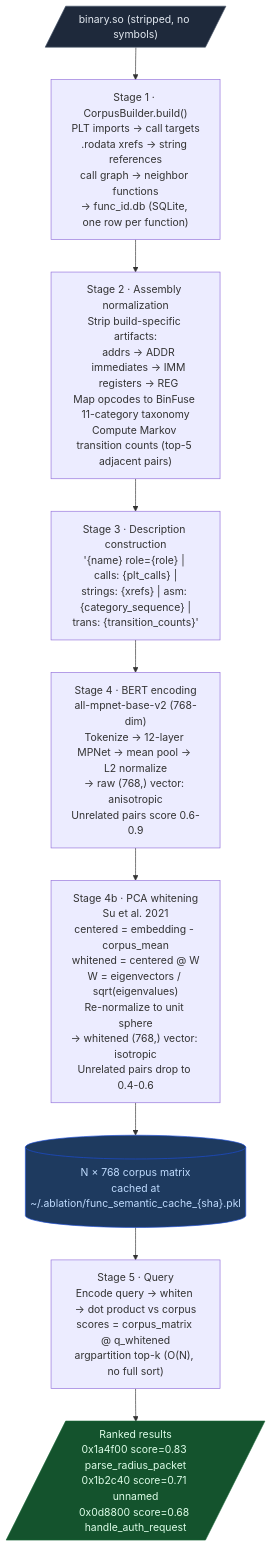
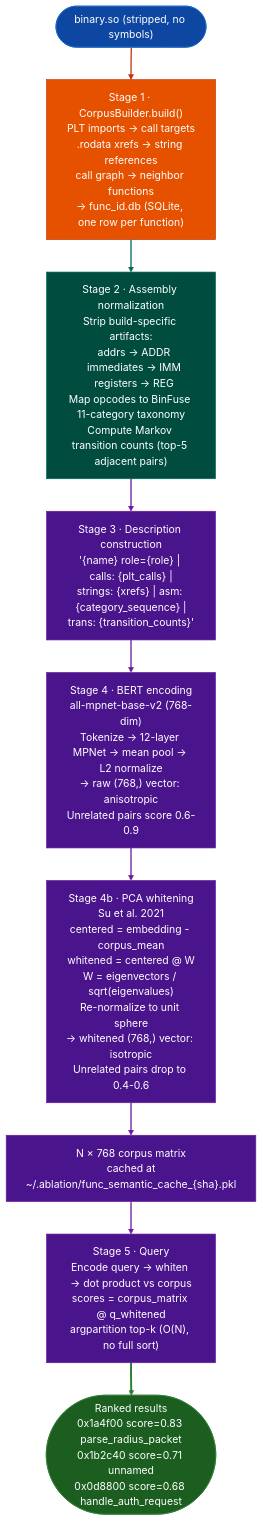
The first of 2 diagrams in docs/reference-modules/semantic-search.md (Ablation-Tool/ablation), drawn with Mermaid before and after one commit. The commit also changed other lines of this file and 320 other files, not shown here.

First line of the commit message:
docs: apply canonical Mermaid template to all 321 diagrams

````diff
--- a/docs/reference-modules/semantic-search.md
+++ b/docs/reference-modules/semantic-search.md
@@ -27,22 +27,32 @@
 ```mermaid
 flowchart TD
-    A[/"binary.so (stripped, no symbols)"/] --> B["Stage 1 · CorpusBuilder.build()\nPLT imports → call targets\n.rodata xrefs → string references\ncall graph → neighbor functions\n→ func_id.db (SQLite, one row per function)"]
+    A(["binary.so (stripped, no symbols)"]):::input --> B["Stage 1 · CorpusBuilder.build()\nPLT imports → call targets\n.rodata xrefs → string references\ncall graph → neighbor functions\n→ func_id.db (SQLite, one row per function)"]:::primary
 
-    B --> C["Stage 2 · Assembly normalization\nStrip build-specific artifacts:\n  addrs → ADDR\n  immediates → IMM\n  registers → REG\nMap opcodes to BinFuse 11-category taxonomy\nCompute Markov transition counts (top-5 adjacent pairs)"]
+    B:::primary --> C["Stage 2 · Assembly normalization\nStrip build-specific artifacts:\n  addrs → ADDR\n  immediates → IMM\n  registers → REG\nMap opcodes to BinFuse 11-category taxonomy\nCompute Markov transition counts (top-5 adjacent pairs)"]:::secondary
 
-    C --> D["Stage 3 · Description construction\n'{name} role={role} | calls: {plt_calls} |\nstrings: {xrefs} | asm: {category_sequence} |\ntrans: {transition_counts}'"]
+    C:::secondary --> D["Stage 3 · Description construction\n'{name} role={role} | calls: {plt_calls} |\nstrings: {xrefs} | asm: {category_sequence} |\ntrans: {transition_counts}'"]:::tertiary
 
-    D --> E["Stage 4 · BERT encoding\nall-mpnet-base-v2 (768-dim)\nTokenize → 12-layer MPNet → mean pool → L2 normalize\n→ raw (768,) vector: anisotropic\nUnrelated pairs score 0.6-0.9"]
+    D:::tertiary --> E["Stage 4 · BERT encoding\nall-mpnet-base-v2 (768-dim)\nTokenize → 12-layer MPNet → mean pool → L2 normalize\n→ raw (768,) vector: anisotropic\nUnrelated pairs score 0.6-0.9"]:::tertiary
 
-    E --> F["Stage 4b · PCA whitening\nSu et al. 2021\ncentered = embedding - corpus_mean\nwhitened = centered @ W\nW = eigenvectors / sqrt(eigenvalues)\nRe-normalize to unit sphere\n→ whitened (768,) vector: isotropic\nUnrelated pairs drop to 0.4-0.6"]
+    E:::tertiary --> F["Stage 4b · PCA whitening\nSu et al. 2021\ncentered = embedding - corpus_mean\nwhitened = centered @ W\nW = eigenvectors / sqrt(eigenvalues)\nRe-normalize to unit sphere\n→ whitened (768,) vector: isotropic\nUnrelated pairs drop to 0.4-0.6"]:::tertiary
 
-    F --> G[("N × 768 corpus matrix\ncached at\n~/.ablation/func_semantic_cache_{sha}.pkl")]
+    F:::tertiary --> G["N × 768 corpus matrix\ncached at\n~/.ablation/func_semantic_cache_{sha}.pkl"]:::tertiary
 
-    G --> H["Stage 5 · Query\nEncode query → whiten → dot product vs corpus\nscores = corpus_matrix @ q_whitened\nargpartition top-k (O(N), no full sort)"]
+    G:::tertiary --> H["Stage 5 · Query\nEncode query → whiten → dot product vs corpus\nscores = corpus_matrix @ q_whitened\nargpartition top-k (O(N), no full sort)"]:::tertiary
 
-    H --> I[/"Ranked results\n0x1a4f00 score=0.83 parse_radius_packet\n0x1b2c40 score=0.71 unnamed\n0x0d8800 score=0.68 handle_auth_request"/]
-
-    style A fill:#1e293b,stroke:#475569,color:#e2e8f0
-    style G fill:#1e3a5f,stroke:#1d4ed8,color:#bfdbfe
-    style I fill:#14532d,stroke:#166534,color:#dcfce7
+    H:::tertiary --> I(["Ranked results\n0x1a4f00 score=0.83 parse_radius_packet\n0x1b2c40 score=0.71 unnamed\n0x0d8800 score=0.68 handle_auth_request"]):::output
+    classDef input     fill:#0d47a1,stroke:#1565c0,color:#fff
+    classDef primary   fill:#e65100,stroke:#bf360c,color:#fff
+    classDef secondary fill:#004d40,stroke:#00695c,color:#fff
+    classDef tertiary  fill:#4a148c,stroke:#6a1b9a,color:#fff
+    classDef neutral   fill:#37474f,stroke:#546e7a,color:#fff
+    classDef output    fill:#1b5e20,stroke:#2e7d32,color:#fff
+    linkStyle 0 stroke:#bf360c,stroke-width:2px
+    linkStyle 1 stroke:#00695c,stroke-width:2px
+    linkStyle 2 stroke:#6a1b9a,stroke-width:2px
+    linkStyle 3 stroke:#6a1b9a,stroke-width:2px
+    linkStyle 4 stroke:#6a1b9a,stroke-width:2px
+    linkStyle 5 stroke:#6a1b9a,stroke-width:2px
+    linkStyle 6 stroke:#6a1b9a,stroke-width:2px
+    linkStyle 7 stroke:#2e7d32,stroke-width:3px
 ```
````
